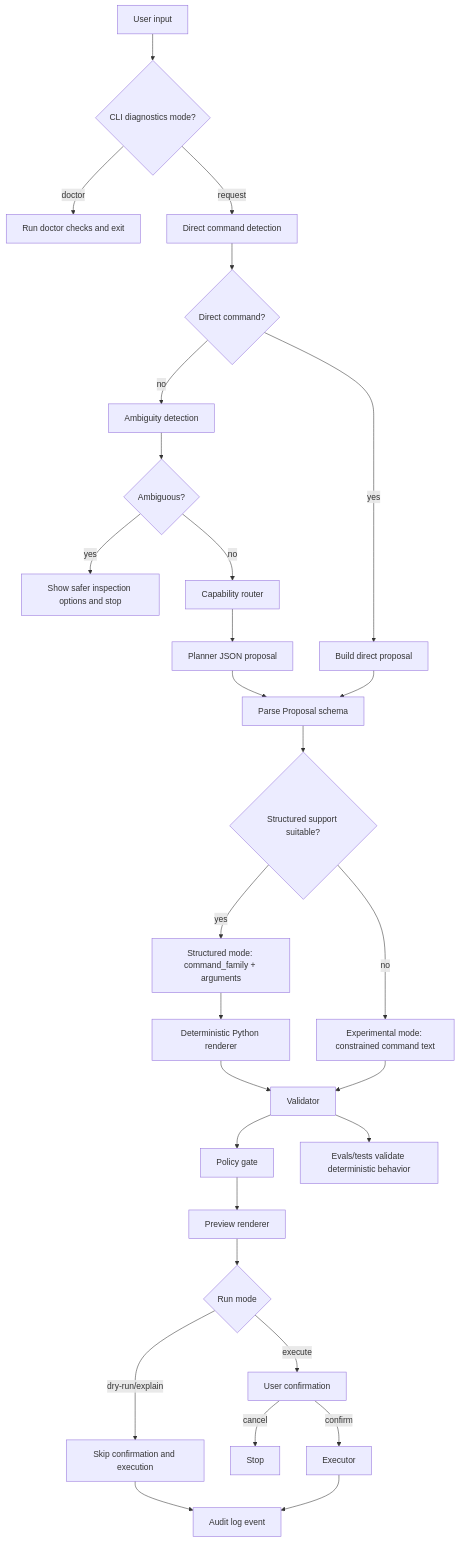
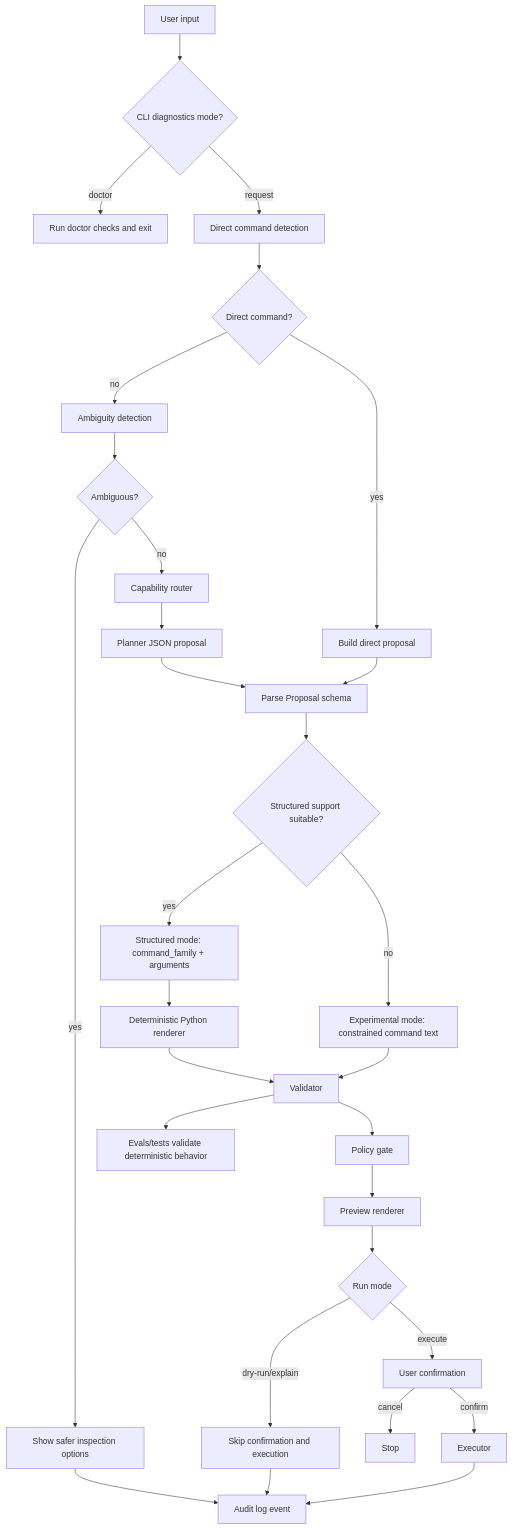
Before and after one commit to PooriaT/oterminus: the diagram in docs/architecture/request-lifecycle.md, drawn with Mermaid. The commit also changed other lines of this file and 6 other files, not shown here.

````diff
--- a/docs/architecture/request-lifecycle.md
+++ b/docs/architecture/request-lifecycle.md
@@ -5,31 +7,32 @@
 ```mermaid
 flowchart TD
   A[User input] --> A1{CLI diagnostics mode?}
   A1 -->|doctor| A2[Run doctor checks and exit]
   A1 -->|request| B[Direct command detection]
   B --> C{Direct command?}
   C -->|yes| C1[Build direct proposal]
   C -->|no| D[Ambiguity detection]
   D --> E{Ambiguous?}
-  E -->|yes| E1[Show safer inspection options and stop]
+  E -->|yes| E1[Show safer inspection options]
+  E1 --> N
   E -->|no| F[Capability router]
   F --> G[Planner JSON proposal]
   G --> P[Parse Proposal schema]
   C1 --> P
   P --> S{Structured support suitable?}
   S -->|yes| S1[Structured mode: command_family + arguments]
   S1 --> R[Deterministic Python renderer]
   S -->|no| X1[Experimental mode: constrained command text]
   R --> H[Validator]
   X1 --> H
   H --> I[Policy gate]
   I --> J[Preview renderer]
   J --> K{Run mode}
   K -->|dry-run/explain| K1[Skip confirmation and execution]
   K1 --> N[Audit log event]
   K -->|execute| L[User confirmation]
   L -->|cancel| L1[Stop]
   L -->|confirm| M[Executor]
   M --> N[Audit log event]
   H --> O[Evals/tests validate deterministic behavior]
 ```
````
